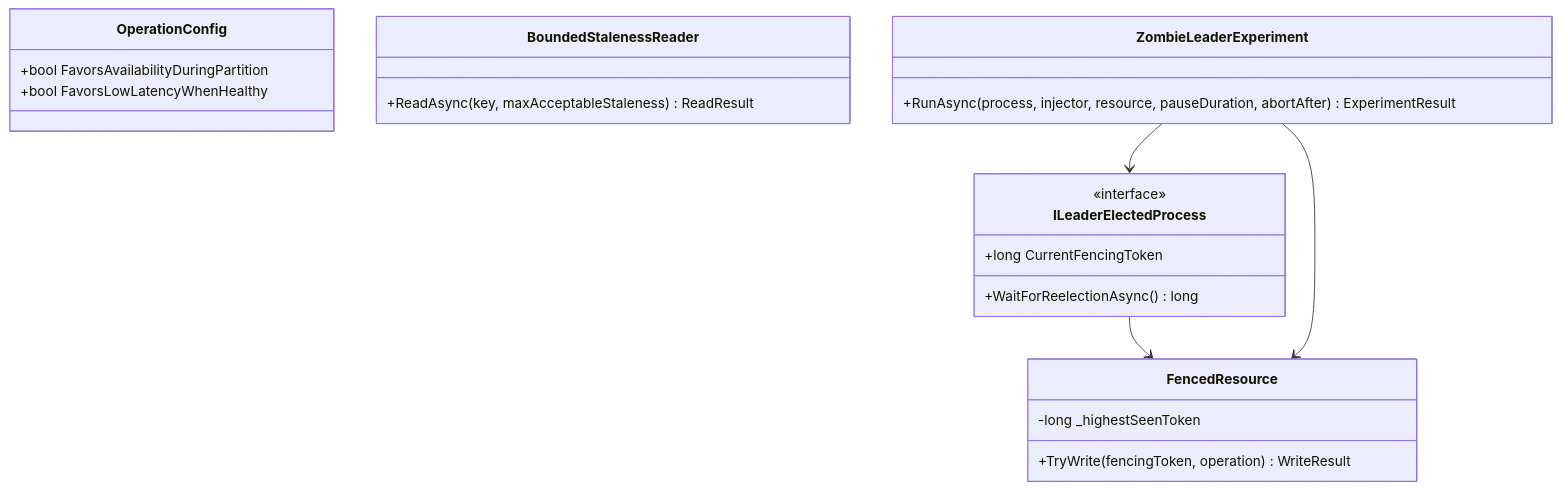
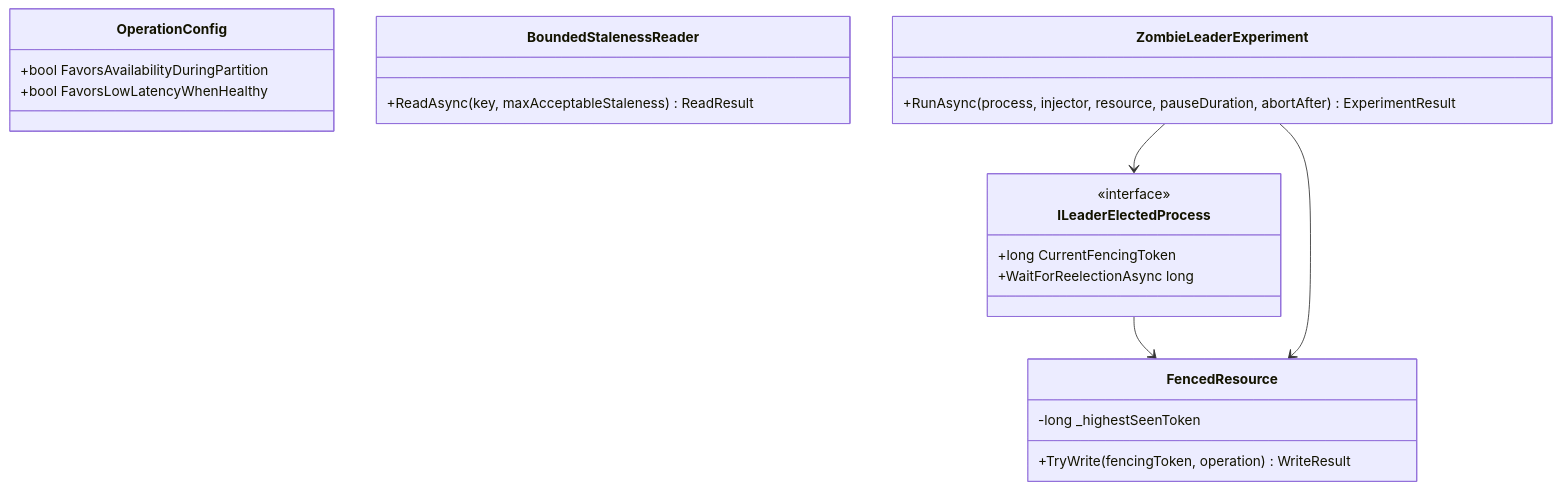
One commit to umashankarp/InterviewQuestions changed the fourth of 4 diagrams in 16-Distributed-Systems/03-PACELC-Consistency-Models-SplitBrain.md. Above: the diagram before and after it, drawn with Mermaid. The commit also changed other lines of this file and 173 other files, not shown here.

````diff
--- a/16-Distributed-Systems/03-PACELC-Consistency-Models-SplitBrain.md
+++ b/16-Distributed-Systems/03-PACELC-Consistency-Models-SplitBrain.md
@@ -608,26 +608,26 @@
 ```mermaid
 classDiagram
-    class ILeaderElectedProcess {
-        <<interface>>
-        +long CurrentFencingToken
-        +WaitForReelectionAsync() long
-    }
-    class FencedResource {
-        -long _highestSeenToken
-        +TryWrite(fencingToken, operation) WriteResult
-    }
-    class OperationConfig {
-        +bool FavorsAvailabilityDuringPartition
-        +bool FavorsLowLatencyWhenHealthy
-    }
-    class BoundedStalenessReader {
-        +ReadAsync(key, maxAcceptableStaleness) ReadResult
-    }
-    class ZombieLeaderExperiment {
-        +RunAsync(process, injector, resource, pauseDuration, abortAfter) ExperimentResult
-    }
+ class ILeaderElectedProcess {
+ <<interface>>
+ +long CurrentFencingToken
+ +WaitForReelectionAsync long
+ }
+ class FencedResource {
+ -long _highestSeenToken
+ +TryWrite(fencingToken, operation) WriteResult
+ }
+ class OperationConfig {
+ +bool FavorsAvailabilityDuringPartition
+ +bool FavorsLowLatencyWhenHealthy
+ }
+ class BoundedStalenessReader {
+ +ReadAsync(key, maxAcceptableStaleness) ReadResult
+ }
+ class ZombieLeaderExperiment {
+ +RunAsync(process, injector, resource, pauseDuration, abortAfter) ExperimentResult
+ }
 
-    ILeaderElectedProcess --> FencedResource
-    ZombieLeaderExperiment --> ILeaderElectedProcess
-    ZombieLeaderExperiment --> FencedResource
+ ILeaderElectedProcess --> FencedResource
+ ZombieLeaderExperiment --> ILeaderElectedProcess
+ ZombieLeaderExperiment --> FencedResource
 ```
````
